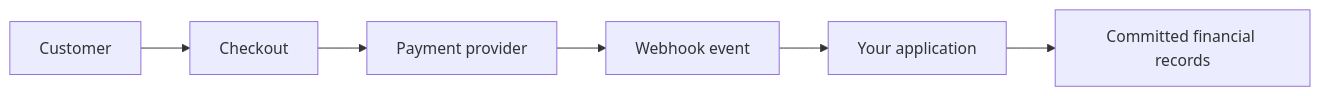
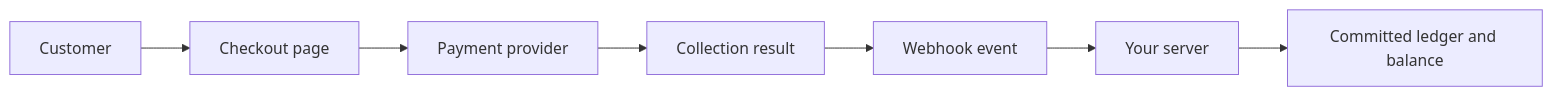
Before and after one commit to therealEmma/BachsProof: the diagram in docs/concepts/how-digital-payments-work.mdx, drawn with Mermaid. The commit also changed other lines of this file and 180 other files, not shown here.

````diff
--- a/docs/concepts/how-digital-payments-work.mdx
+++ b/docs/concepts/how-digital-payments-work.mdx
@@ -9,8 +9,9 @@
 ```mermaid
 flowchart LR
-  Customer --> Checkout
+  Customer[Customer] --> Checkout[Checkout page]
   Checkout --> Provider[Payment provider]
-  Provider --> Event[Webhook event]
-  Event --> App[Your application]
-  App --> Ledger[Committed financial records]
+  Provider --> Collection[Collection result]
+  Collection --> Event[Webhook event]
+  Event --> App[Your server]
+  App --> Ledger[Committed ledger and balance]
 ```
````
